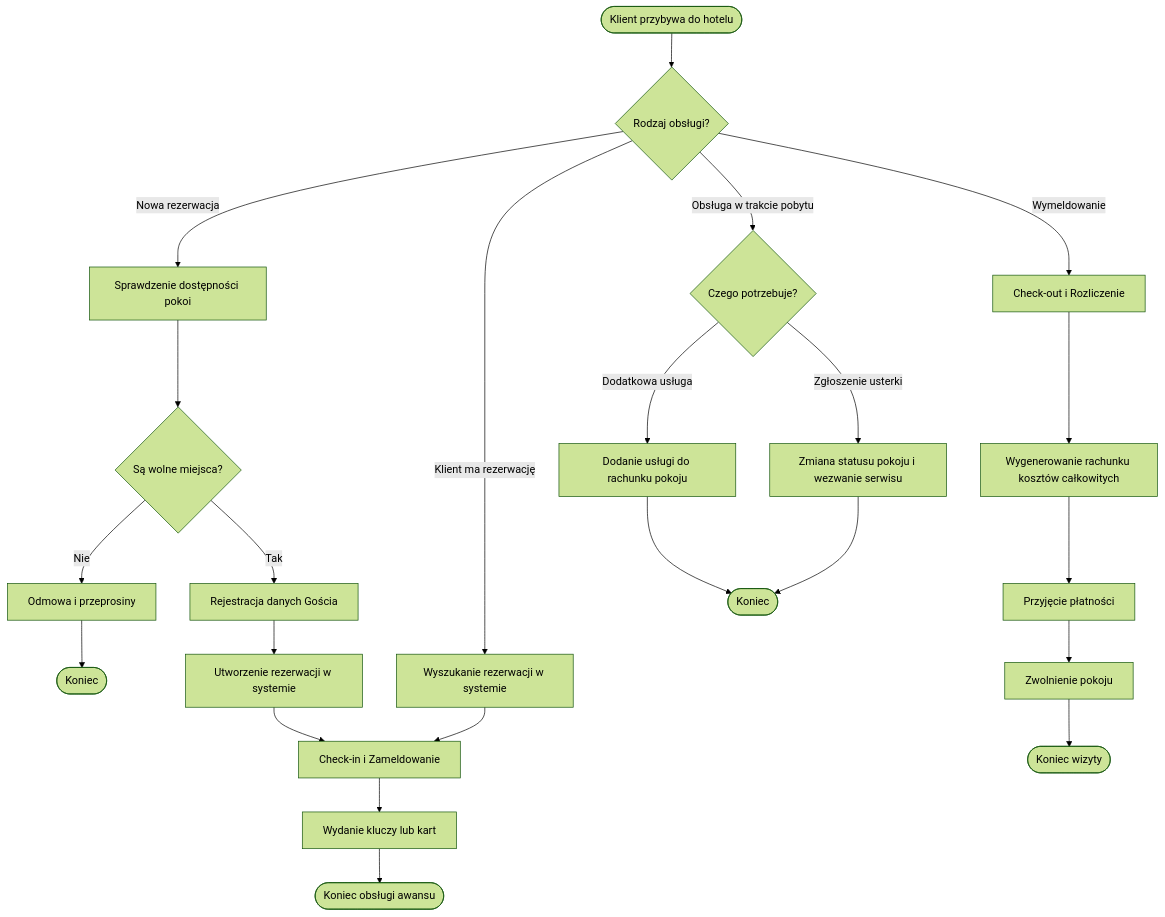
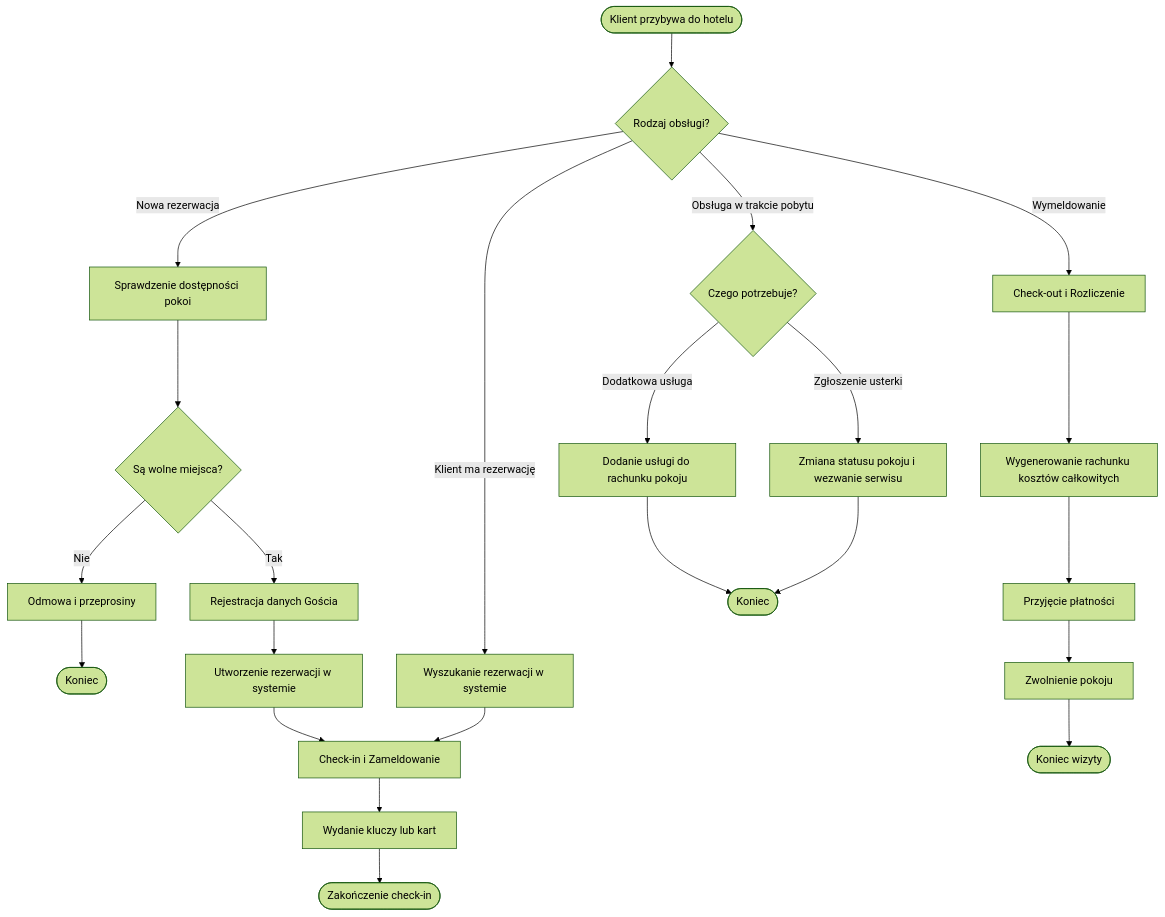
Before and after one commit to chamage/TB_NowyFolder: the sixth of 9 diagrams in TB_NowyFolder/Documentation/UML_Diagrams.md, drawn with Mermaid (forest theme). The commit also changed other lines of this file and 5 other files, not shown here.

````diff
--- a/TB_NowyFolder/Documentation/UML_Diagrams.md
+++ b/TB_NowyFolder/Documentation/UML_Diagrams.md
@@ -236,31 +246,31 @@
 ```mermaid
 flowchart TD
     A([Klient przybywa do hotelu]) --> B{Rodzaj obsługi?}
     
     B -- Nowa rezerwacja --> C[Sprawdzenie dostępności pokoi]
     C --> D{Są wolne miejsca?}
     D -- Nie --> E[Odmowa i przeprosiny]
     D -- Tak --> F[Rejestracja danych Gościa]
     F --> G[Utworzenie rezerwacji w systemie]
     G --> H[Check-in i Zameldowanie]
     
     B -- Klient ma rezerwację --> I[Wyszukanie rezerwacji w systemie]
     I --> H
     
     H --> J[Wydanie kluczy lub kart]
-    J --> K([Koniec obsługi awansu])
+    J --> K([Zakończenie check-in])
     
     B -- Obsługa w trakcie pobytu --> L{Czego potrzebuje?}
     L -- Dodatkowa usługa --> M[Dodanie usługi do rachunku pokoju]
     L -- Zgłoszenie usterki --> N[Zmiana statusu pokoju i wezwanie serwisu]
     M --> O([Koniec])
     N --> O
     
     B -- Wymeldowanie --> P[Check-out i Rozliczenie]
     P --> Q[Wygenerowanie rachunku kosztów całkowitych]
     Q --> R[Przyjęcie płatności]
     R --> S[Zwolnienie pokoju]
     S --> T([Koniec wizyty])
     
     E --> U([Koniec])
 ```
````
